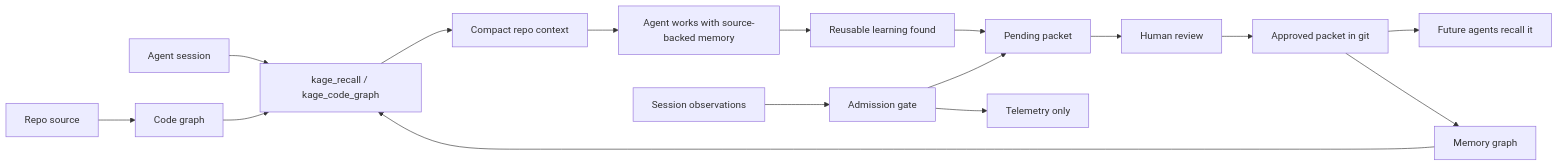
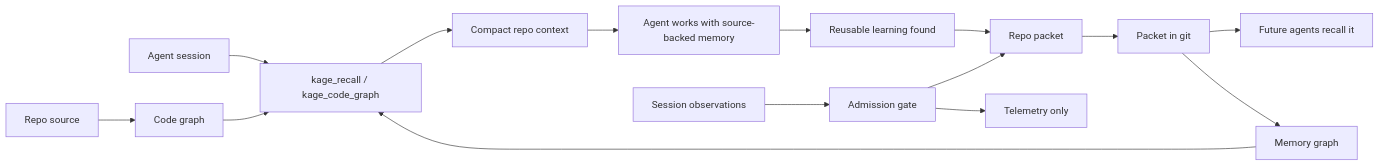
One commit to kage-core/Kage changed the diagram in README.md. Above: the diagram before and after it, drawn with Mermaid. The commit also changed other lines of this file and 11 other files, not shown here.

````diff
--- a/README.md
+++ b/README.md
@@ -253,21 +255,20 @@
 ```mermaid
 flowchart LR
   A["Agent session"] --> B["kage_recall / kage_code_graph"]
   B --> C["Compact repo context"]
   C --> D["Agent works with source-backed memory"]
   D --> E["Reusable learning found"]
-  E --> F["Pending packet"]
-  F --> G["Human review"]
-  G --> H["Approved packet in git"]
+  E --> F["Repo packet"]
+  F --> H["Packet in git"]
   H --> I["Future agents recall it"]
 
   J["Repo source"] --> K["Code graph"]
   K --> B
 
   L["Session observations"] --> M["Admission gate"]
   M --> F
   M --> N["Telemetry only"]
 
   H --> O["Memory graph"]
   O --> B
 ```
````
